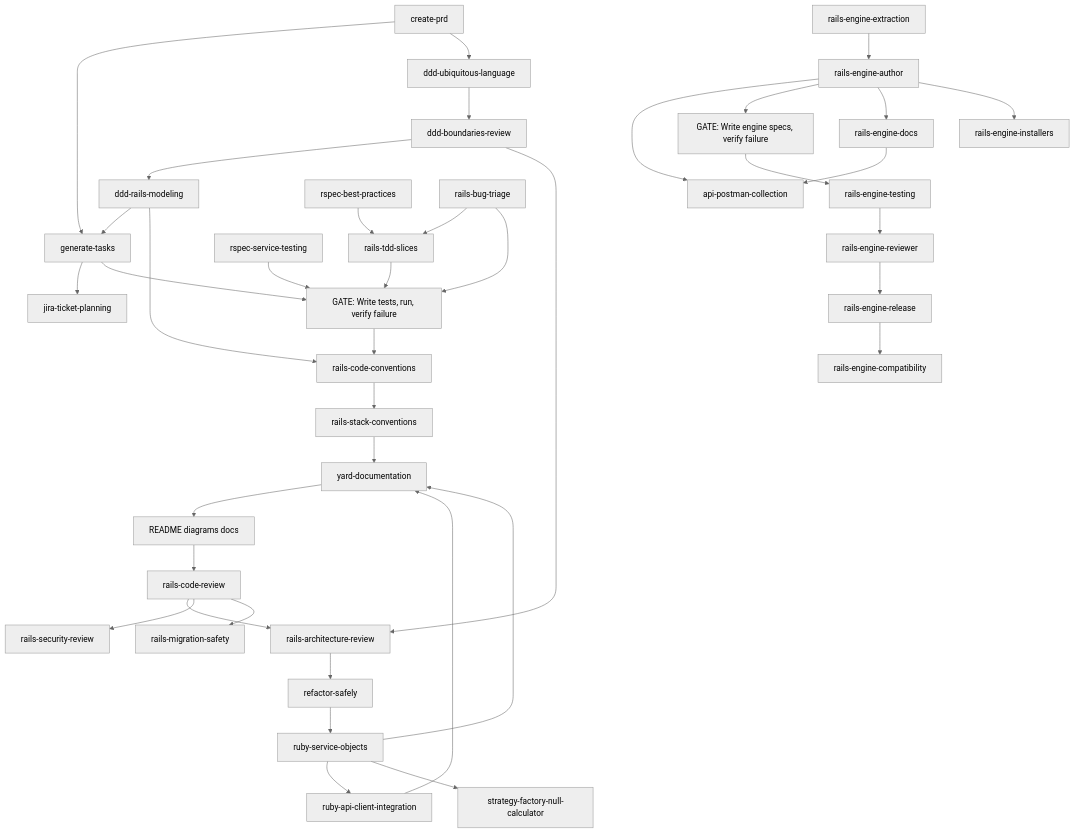
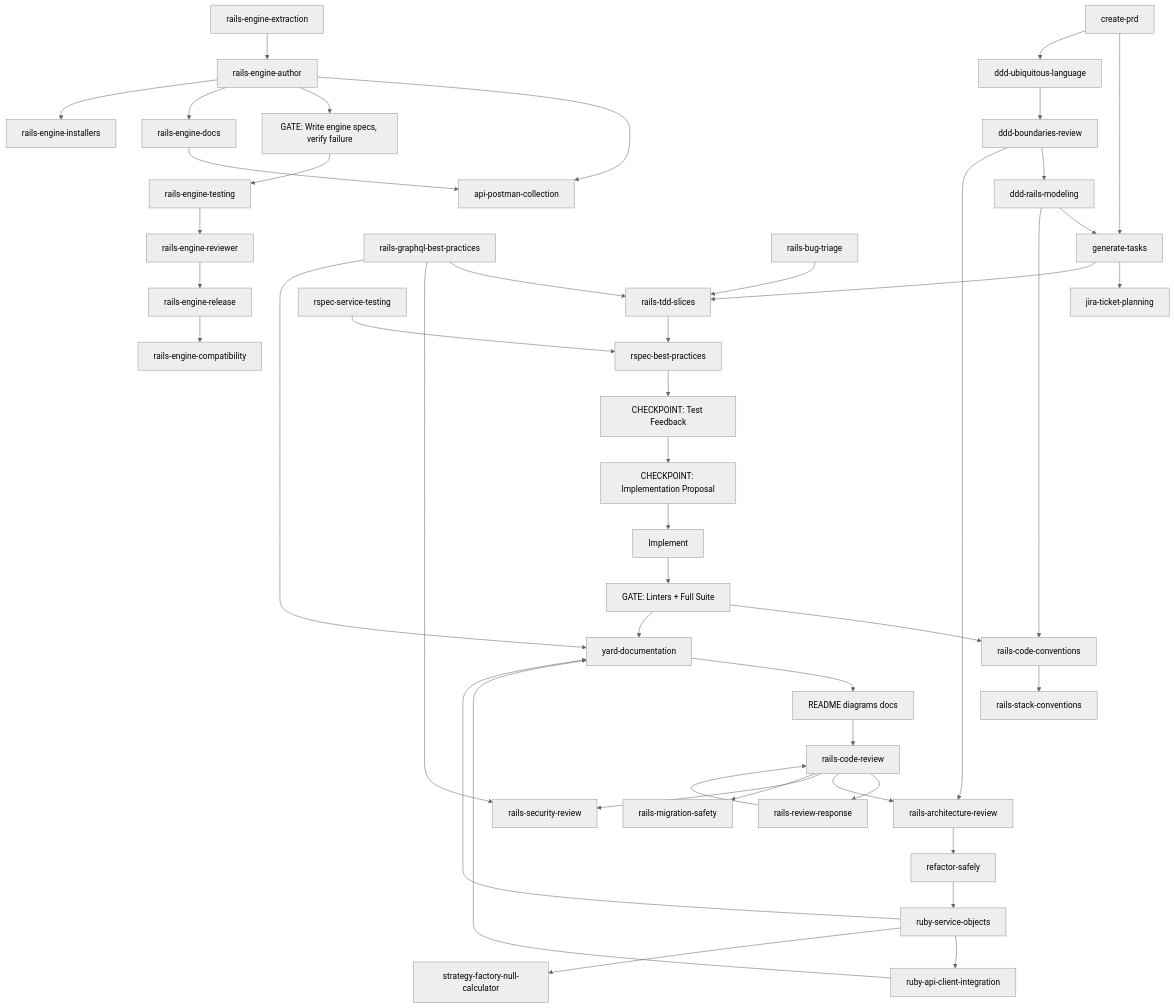
The diagram in README.md (igmarin/my-RoR-personal-skills), drawn with Mermaid (neutral theme) before and after one commit. The commit also changed 2 other files, not shown here.

Commit message:
chore: update Mermaid diagram, skill-template checklist, and Codex invocation guide (#13)
- README.md Skill Relationships diagram: add rails-review-response,
  rails-graphql-best-practices, TDD Feature Loop checkpoints (Test
  Feedback + Implementation Proposal), and Linters + Suite gate;
  reflect accurate skill chain flow
- docs/skill-template.md Adding to the Library: add CLAUDE.md as an
  explicit step (step 5) so new skills are not missed from the file
  Claude loads first at session start
- .codex/INSTALL.md: add How to Invoke section with natural language
  patterns and workflow invocation examples, consistent with the
  Claude Code guide in docs/workflow-guide.md

````diff
--- a/README.md
+++ b/README.md
@@ -229,46 +229,59 @@
 ```mermaid
 flowchart TD
     createPRD[create-prd] --> generateTasks[generate-tasks]
     createPRD --> dddLanguage[ddd-ubiquitous-language]
     dddLanguage --> dddBoundaries[ddd-boundaries-review]
     dddBoundaries --> dddModeling[ddd-rails-modeling]
     dddBoundaries --> archReview
     dddModeling --> generateTasks
-    dddModeling --> railsPrinciples
+    dddModeling --> railsConventions
+
     generateTasks --> jiraPlanning[jira-ticket-planning]
-    generateTasks --> testGate["GATE: Write tests, run, verify failure"]
-    testGate --> railsPrinciples[rails-code-conventions]
-    railsPrinciples --> stackConventions[rails-stack-conventions]
-    stackConventions --> yardDoc[yard-documentation]
+    generateTasks --> tddSlices[rails-tdd-slices]
+
+    tddSlices --> rspecBest[rspec-best-practices]
+    rspecBest --> testFeedback["CHECKPOINT: Test Feedback"]
+    testFeedback --> implProposal["CHECKPOINT: Implementation Proposal"]
+    implProposal --> implement["Implement"]
+    implement --> lintersGate["GATE: Linters + Full Suite"]
+
+    lintersGate --> railsConventions[rails-code-conventions]
+    railsConventions --> stackConventions[rails-stack-conventions]
+    lintersGate --> yardDoc[yard-documentation]
     yardDoc --> docUpdates[README diagrams docs]
     docUpdates --> codeReview[rails-code-review]
+
+    codeReview --> reviewResponse[rails-review-response]
+    reviewResponse --> codeReview
 
     codeReview --> archReview[rails-architecture-review]
     codeReview --> secReview[rails-security-review]
     codeReview --> migrationSafety[rails-migration-safety]
 
     archReview --> refactorSafely[refactor-safely]
     refactorSafely --> serviceObjects[ruby-service-objects]
 
     serviceObjects --> apiClient[ruby-api-client-integration]
     serviceObjects --> strategyFactory[strategy-factory-null-calculator]
     serviceObjects --> yardDoc
     apiClient --> yardDoc
+
+    graphql[rails-graphql-best-practices] --> tddSlices
+    graphql --> secReview
+    graphql --> yardDoc
+
     engineAuthor --> postman[api-postman-collection]
     engineDocs[rails-engine-docs] --> postman
 
-    rspecBest[rspec-best-practices] --> tddSlices[rails-tdd-slices]
-    tddSlices --> testGate
     bugTriage[rails-bug-triage] --> tddSlices
-    bugTriage --> testGate
-    rspecService[rspec-service-testing] --> testGate
+    rspecService[rspec-service-testing] --> rspecBest
 
     engineAuthor[rails-engine-author] --> engineTestGate["GATE: Write engine specs, verify failure"]
     engineTestGate --> engineTesting[rails-engine-testing]
-    engineAuthor --> engineDocs[rails-engine-docs]
+    engineAuthor --> engineDocs
     engineAuthor --> engineInstallers[rails-engine-installers]
     engineTesting --> engineReviewer[rails-engine-reviewer]
     engineReviewer --> engineRelease[rails-engine-release]
     engineRelease --> engineCompat[rails-engine-compatibility]
     engineExtraction[rails-engine-extraction] --> engineAuthor
 ```
````
